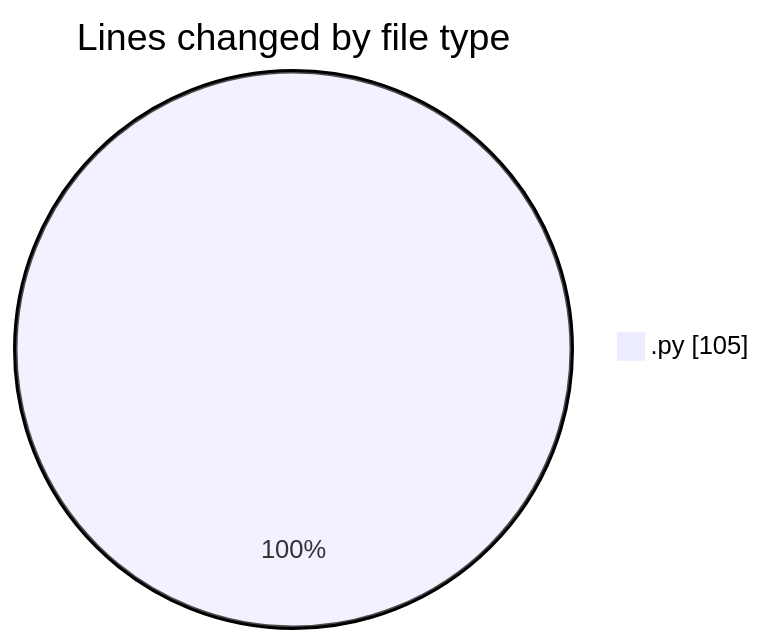
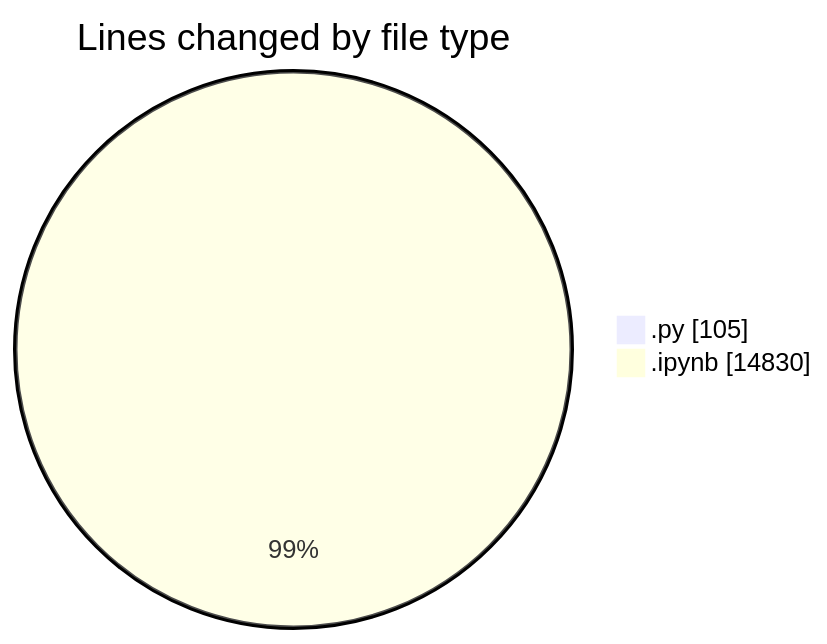
Before and after one commit to MatusMokan/code-tracking: the first of 2 diagrams in 2025-10-07/untitled__workspace_/README.md, drawn with Mermaid. The commit also changed other lines of this file and 1 other file, not shown here.

````diff
--- a/2025-10-07/untitled__workspace_/README.md
+++ b/2025-10-07/untitled__workspace_/README.md
@@ -20,5 +21,6 @@
 ```mermaid
 pie showData
 title Lines changed by file type
 ".py" : 105
+".ipynb" : 14830
 ```
````
